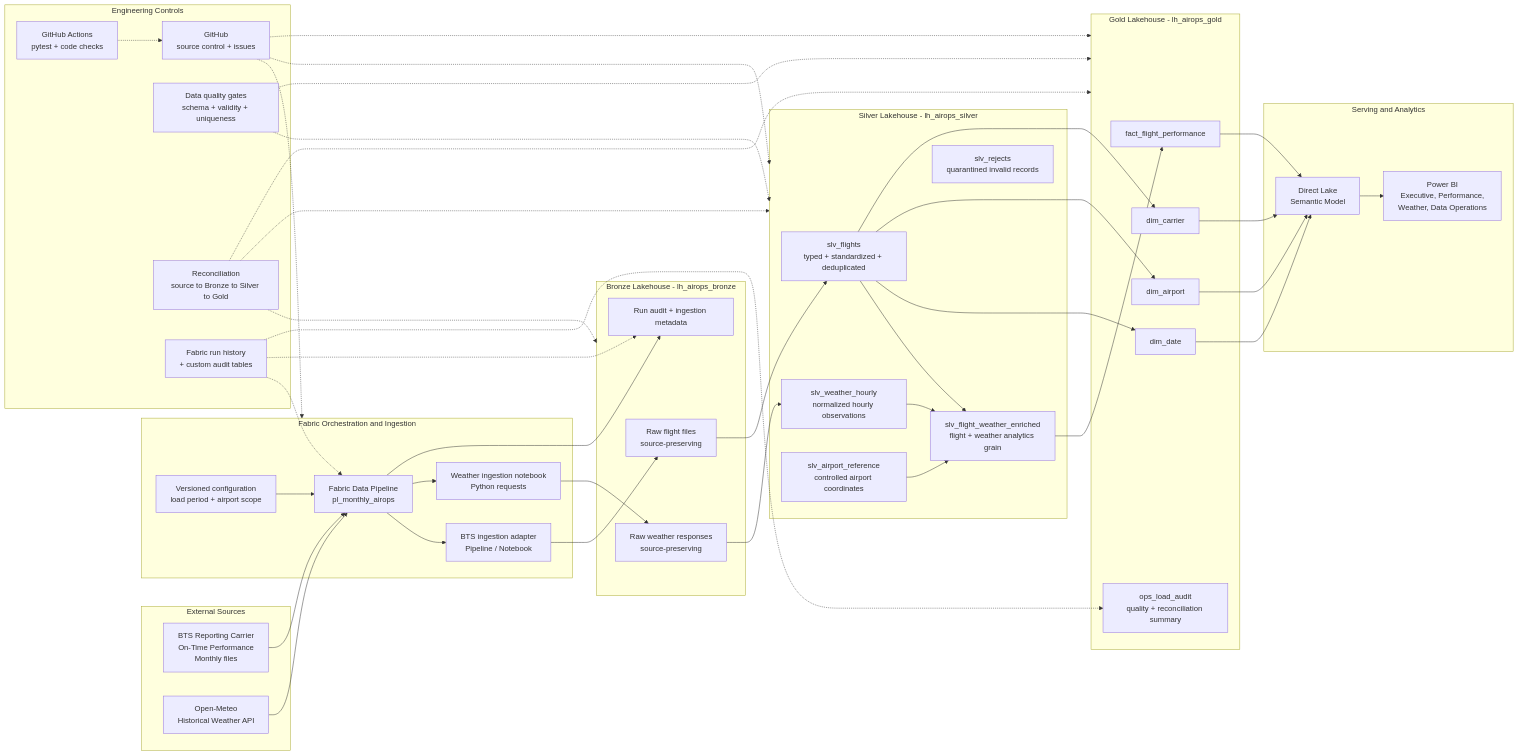
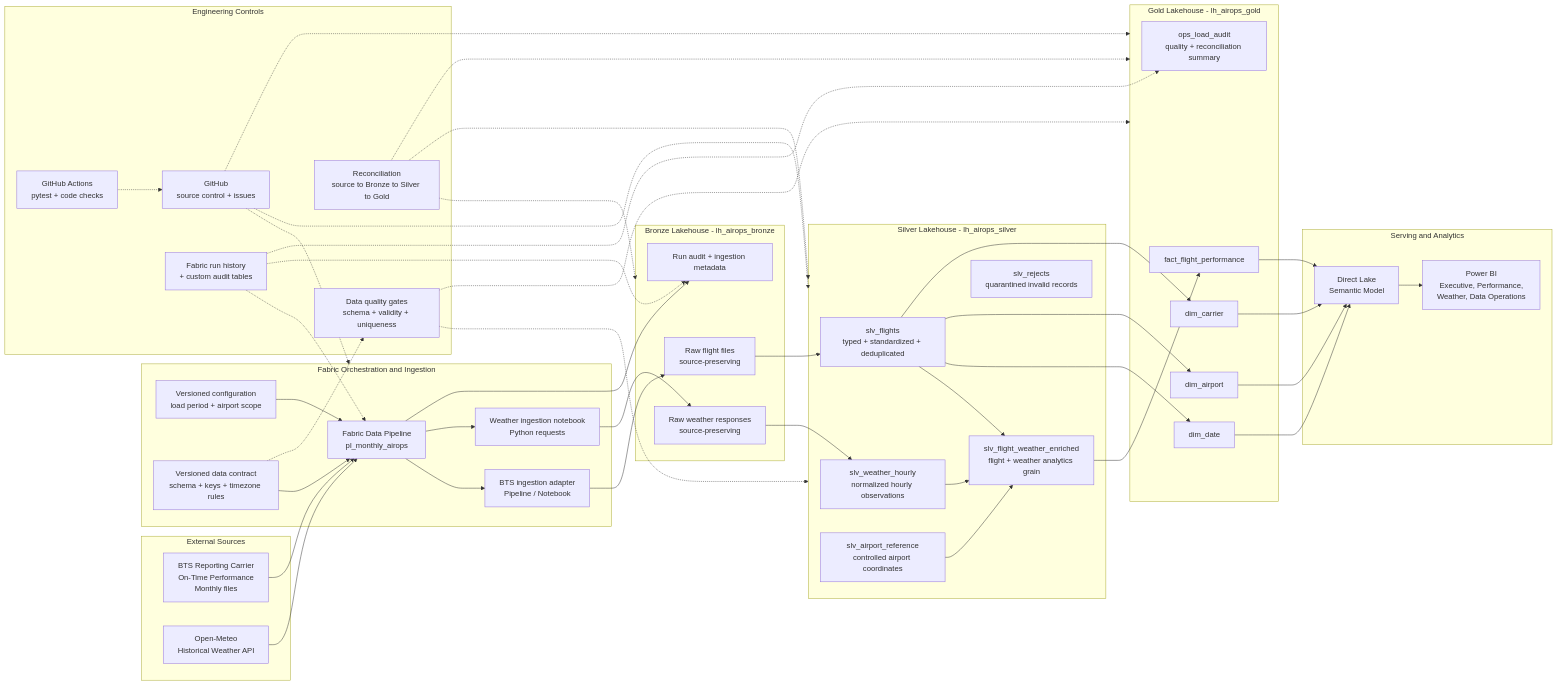
The first of 3 diagrams in docs/ARCHITECTURE.md (sarosh-jawed/airops-360-fabric-data-platform), drawn with Mermaid before and after one commit. The commit also changed other lines of this file and 2 other files, not shown here.

Commit message:
Document AirOps architecture decisions and Week 2-3 issue board

```diff
--- a/docs/ARCHITECTURE.md
+++ b/docs/ARCHITECTURE.md
@@ -37,6 +37,7 @@
         IF["BTS ingestion adapter<br/>Pipeline / Notebook"]
         IW["Weather ingestion notebook<br/>Python requests"]
         CFG["Versioned configuration<br/>load period + airport scope"]
+        CONTRACT["Versioned data contract<br/>schema + keys + timezone rules"]
     end
 
     subgraph BRZ["Bronze Lakehouse - lh_airops_bronze"]
@@ -77,6 +78,7 @@
     BTS --> PL
     WX --> PL
     CFG --> PL
+    CONTRACT --> PL
     PL --> IF
     PL --> IW
     IF --> BF
@@ -100,6 +102,7 @@
     DC --> SM
     SM --> PBI
 
+    CONTRACT -.-> DQ
     DQ -.-> SLV
     DQ -.-> GLD
     REC -.-> BRZ
```
